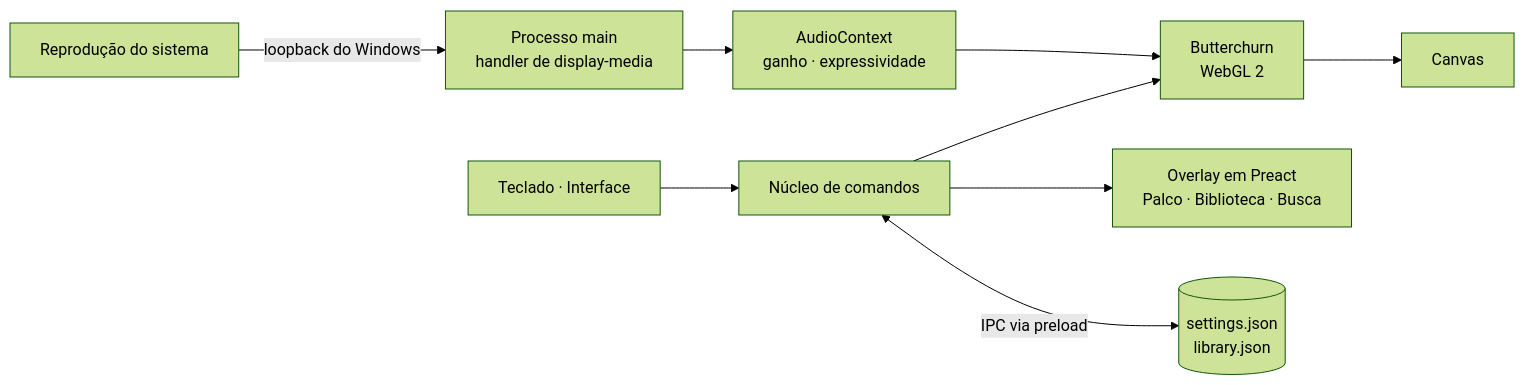
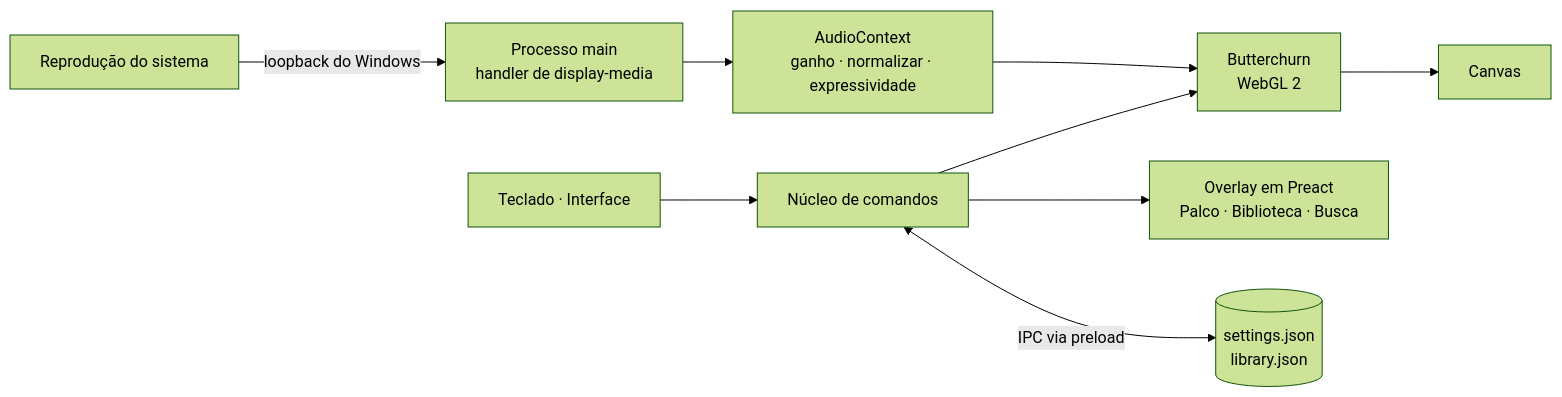
Before and after one commit to atempel/sonic-obsidian: the diagram in README.pt-BR.md, drawn with Mermaid (forest theme). The commit also changed other lines of this file and 8 other files, not shown here.

````diff
--- a/README.pt-BR.md
+++ b/README.pt-BR.md
@@ -157,11 +168,11 @@
 ```mermaid
 flowchart LR
   A[Reprodução do sistema] -->|loopback do Windows| B[Processo main<br/>handler de display-media]
-  B --> C[AudioContext<br/>ganho · expressividade]
+  B --> C[AudioContext<br/>ganho · normalizar · expressividade]
   C --> D[Butterchurn<br/>WebGL 2]
   D --> E[Canvas]
   F[Teclado · Interface] --> G[Núcleo de comandos]
   G --> D
   G --> H[Overlay em Preact<br/>Palco · Biblioteca · Busca]
   G <-->|IPC via preload| I[(settings.json<br/>library.json)]
 ```
````
